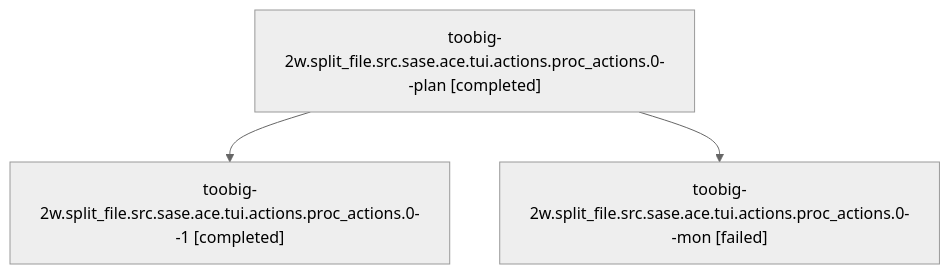
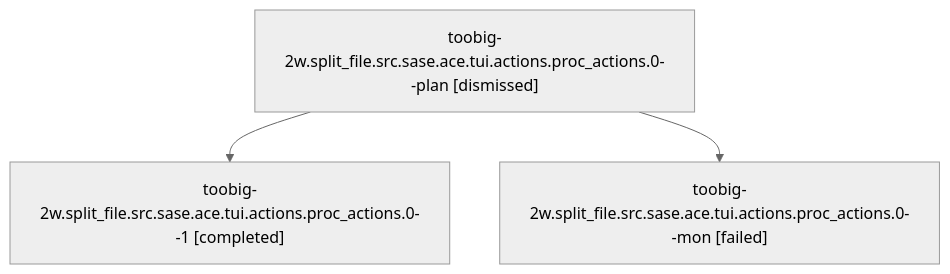
Before and after one commit to sase-org/sase--agents: the diagram in families/bbugyi200.athena.toobig-2w.split_file.src.sase.ace.tui.actions.proc_actions.0.md, drawn with Mermaid (neutral theme). The commit also changed other lines of this file and 287 other files, not shown here.

````diff
--- a/families/bbugyi200.athena.toobig-2w.split_file.src.sase.ace.tui.actions.proc_actions.0.md
+++ b/families/bbugyi200.athena.toobig-2w.split_file.src.sase.ace.tui.actions.proc_actions.0.md
@@ -9,8 +9,8 @@
 ```mermaid
 flowchart TD
-  n0["toobig-2w.split_file.src.sase.ace.tui.actions.proc_actions.0--plan [completed]"]
+  n0["toobig-2w.split_file.src.sase.ace.tui.actions.proc_actions.0--plan [dismissed]"]
   n1["toobig-2w.split_file.src.sase.ace.tui.actions.proc_actions.0--1 [completed]"]
   n0 --> n1
   n2["toobig-2w.split_file.src.sase.ace.tui.actions.proc_actions.0--mon [failed]"]
   n0 --> n2
 ```
````
